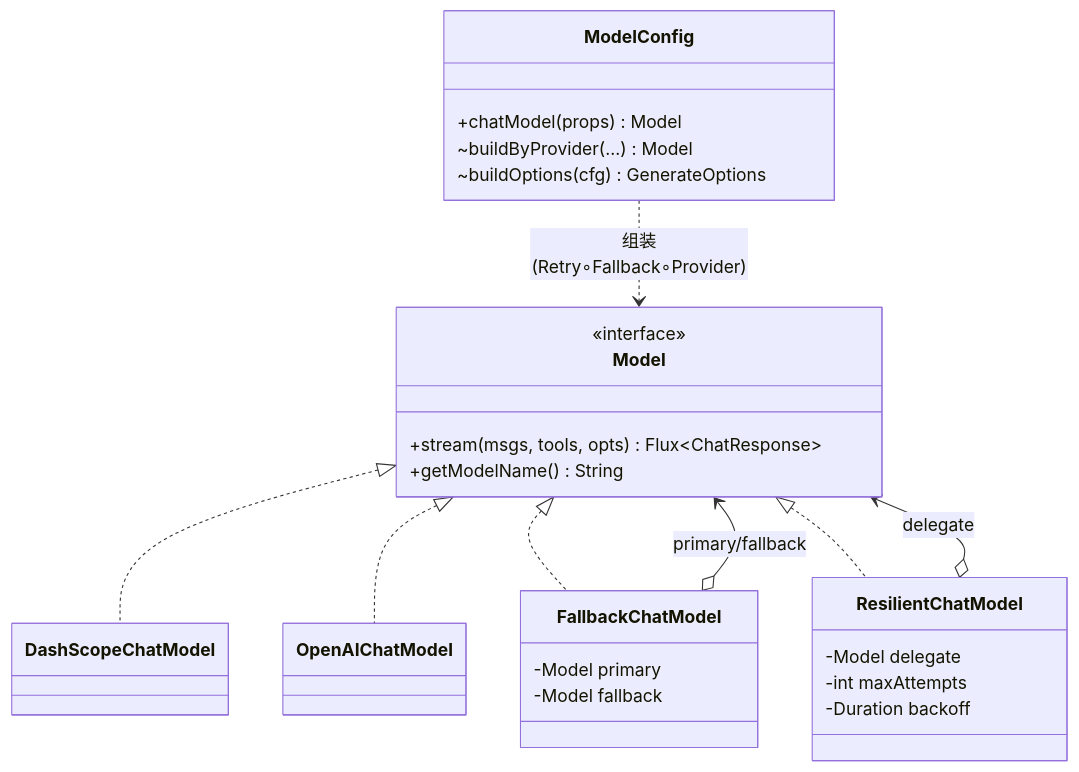
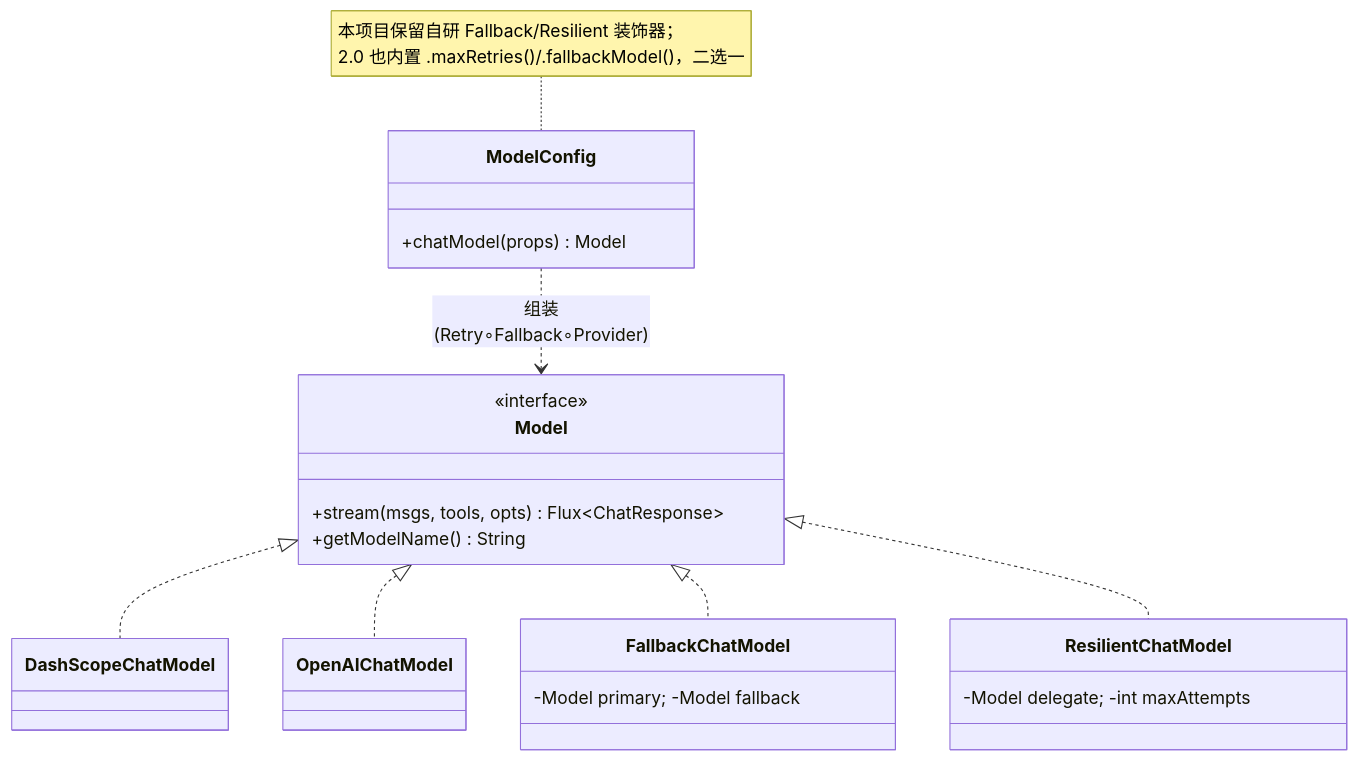
Before and after one commit to liulangjietou/customer_work: the fifth of 26 diagrams in docs/详细技术文档.md, drawn with Mermaid. The commit also changed other lines of this file, not shown here.

````diff
--- a/docs/详细技术文档.md
+++ b/docs/详细技术文档.md
@@ -244,31 +256,19 @@
 ```mermaid
 classDiagram
     class Model {
         <<interface>>
         +stream(msgs, tools, opts) Flux~ChatResponse~
         +getModelName() String
     }
     class DashScopeChatModel
     class OpenAIChatModel
-    class FallbackChatModel {
-        -Model primary
-        -Model fallback
-    }
-    class ResilientChatModel {
-        -Model delegate
-        -int maxAttempts
-        -Duration backoff
-    }
-    class ModelConfig {
-        +chatModel(props) Model
-        ~buildByProvider(...) Model
-        ~buildOptions(cfg) GenerateOptions
-    }
+    class FallbackChatModel { -Model primary; -Model fallback }
+    class ResilientChatModel { -Model delegate; -int maxAttempts }
+    class ModelConfig { +chatModel(props) Model }
     Model <|.. DashScopeChatModel
     Model <|.. OpenAIChatModel
     Model <|.. FallbackChatModel
     Model <|.. ResilientChatModel
-    FallbackChatModel o--> Model : primary/fallback
-    ResilientChatModel o--> Model : delegate
     ModelConfig ..> Model : 组装(Retry∘Fallback∘Provider)
+    note for ModelConfig "本项目保留自研 Fallback/Resilient 装饰器；<br/>2.0 也内置 .maxRetries()/.fallbackModel()，二选一"
 ```
````
